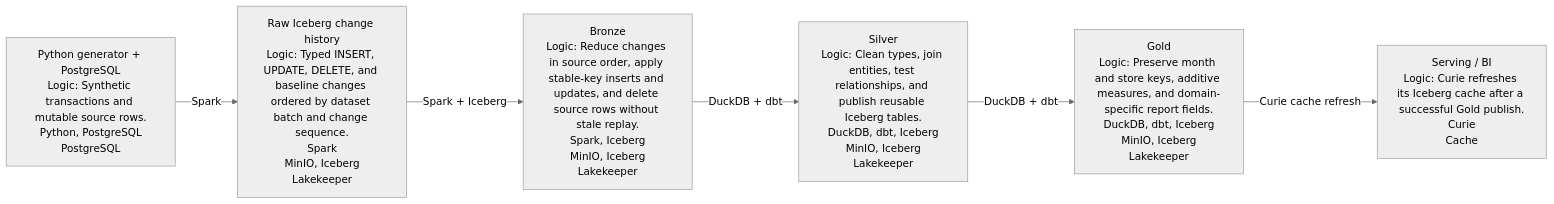
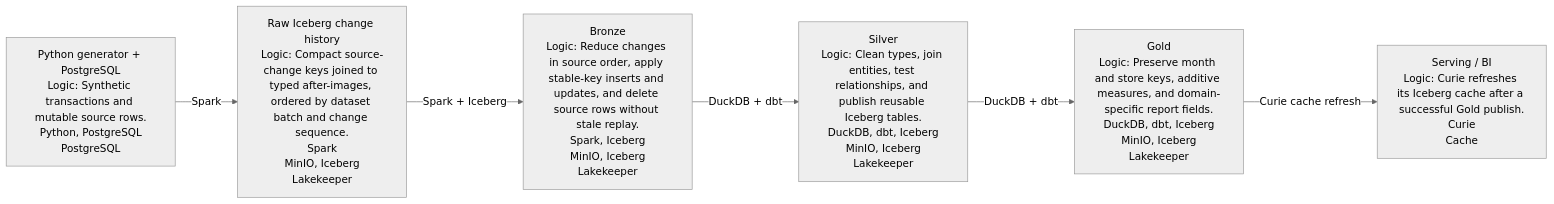
Before and after one commit to AntonMiniazev/ampere_project: the diagram in docs/dataflow/diagrams/project_dataflow.mmd, drawn with Mermaid (neutral theme). The commit also changed 22 other files, not shown here.

Commit message:
refactor(raw): store compact source change metadata

```diff
--- a/docs/dataflow/diagrams/project_dataflow.mmd
+++ b/docs/dataflow/diagrams/project_dataflow.mmd
@@ -1,13 +1,13 @@
 flowchart LR
     L_SOURCE["Python generator + PostgreSQL<br/>Logic: Synthetic transactions and mutable source rows.<br/>Python, PostgreSQL<br/>PostgreSQL"]
-    L_RAW["Raw Iceberg change history<br/>Logic: Typed INSERT, UPDATE, DELETE, and baseline changes ordered by dataset batch and change sequence.<br/>Spark<br/>MinIO, Iceberg<br/>Lakekeeper"]
+    L_RAW["Raw Iceberg change history<br/>Logic: Compact source-change keys joined to typed after-images, ordered by dataset batch and change sequence.<br/>Spark<br/>MinIO, Iceberg<br/>Lakekeeper"]
     L_BRONZE["Bronze<br/>Logic: Reduce changes in source order, apply stable-key inserts and updates, and delete source rows without stale replay.<br/>Spark, Iceberg<br/>MinIO, Iceberg<br/>Lakekeeper"]
     L_SILVER["Silver<br/>Logic: Clean types, join entities, test relationships, and publish reusable Iceberg tables.<br/>DuckDB, dbt, Iceberg<br/>MinIO, Iceberg<br/>Lakekeeper"]
     L_GOLD["Gold<br/>Logic: Preserve month and store keys, additive measures, and domain-specific report fields.<br/>DuckDB, dbt, Iceberg<br/>MinIO, Iceberg<br/>Lakekeeper"]
     L_SERVING["Serving / BI<br/>Logic: Curie refreshes its Iceberg cache after a successful Gold publish.<br/>Curie<br/>Cache"]
 
     L_SOURCE -->|"Spark"| L_RAW
     L_RAW -->|"Spark + Iceberg"| L_BRONZE
     L_BRONZE -->|"DuckDB + dbt"| L_SILVER
     L_SILVER -->|"DuckDB + dbt"| L_GOLD
     L_GOLD -->|"Curie cache refresh"| L_SERVING
```
